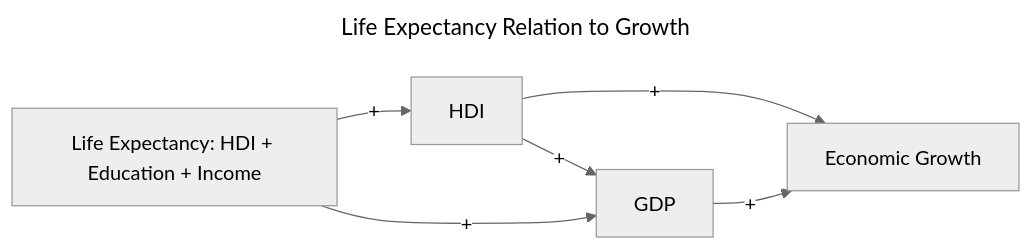
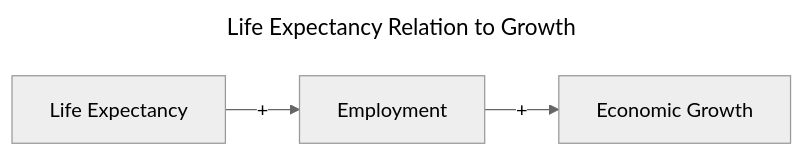
One commit to ecn310/course-project-development changed the second of 6 diagrams in Paper Summaries.md. Above: the diagram before and after it, drawn with Mermaid (neutral theme). The commit also changed other lines of this file, not shown here.

````diff
--- a/Paper Summaries.md
+++ b/Paper Summaries.md
@@ -48,9 +48,8 @@
 ```mermaid
 ---
 title: Life Expectancy Relation to Growth
 ---
 flowchart LR
- A["Life Expectancy: HDI + Education + Income "] --#43;--> B["HDI"]--#43;--> C["Economic Growth"]
-A--#43;--> D["GDP"]--#43;--> C
-B --#43;-->D
+ A["Life Expectancy "] --#43;--> B["Employment"]--#43;--> C["Economic Growth"]
+
 ```
````
